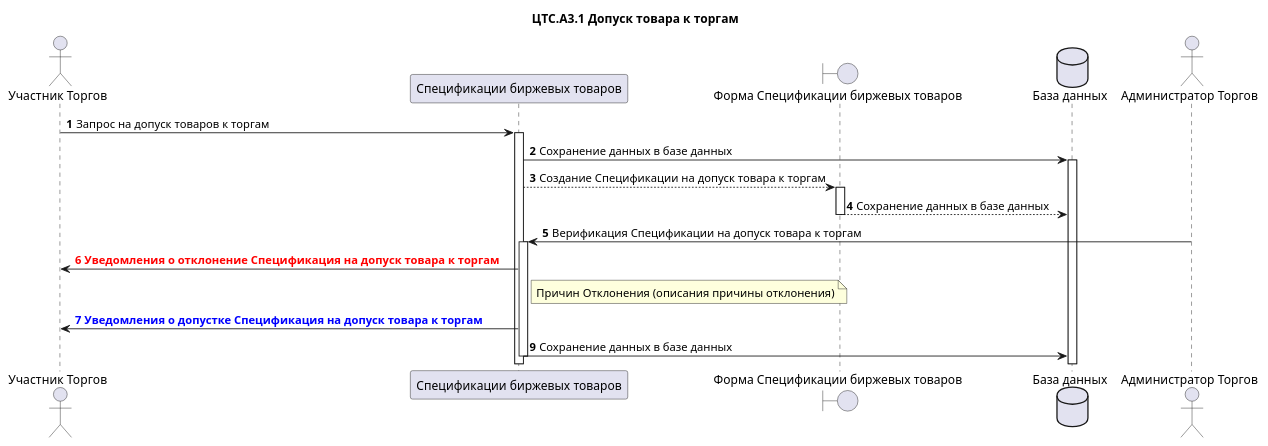
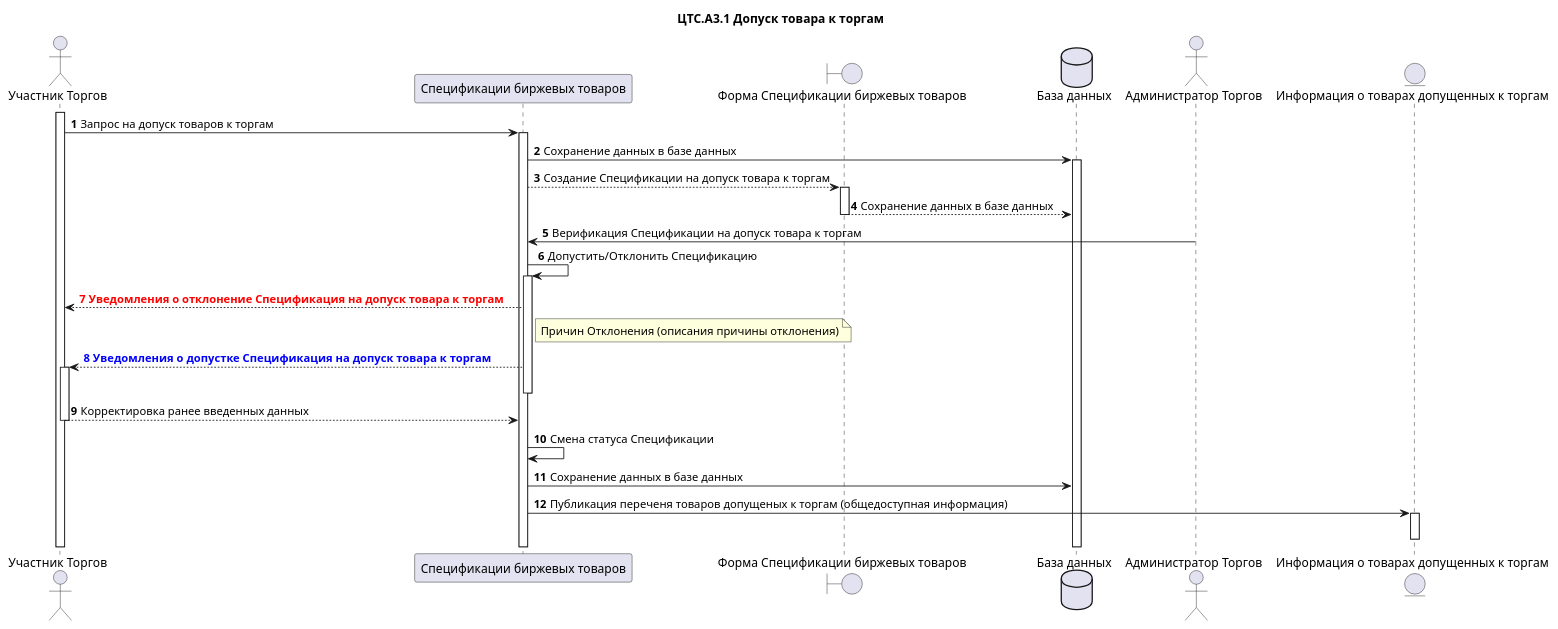
One commit to moaxmoaxpxrf4jag/CTS.Documentation changed the diagram in Project solutions/ЦТС.А3.1 Допуск товара к торгам.wsd. Above: the diagram before and after it, drawn with PlantUML.

```diff
--- a/Project solutions/ЦТС.А3.1 Допуск товара к торгам.wsd
+++ b/Project solutions/ЦТС.А3.1 Допуск товара к торгам.wsd
@@ -1,32 +1,39 @@
 @startuml "ЦТС.А3.1 Допуск товара к торгам"
 title "ЦТС.А3.1 Допуск товара к торгам"
 actor "Участник Торгов" as User
 participant "Спецификации биржевых товаров" as Specifications
 boundary "Форма Спецификации биржевых товаров" as SpecificationsForm
 database "База данных" as Database
 actor "Администратор Торгов" as User_CTS
+entity "Информация о товарах допущенных к торгам" as infCTS
 
+activate User
 autonumber 
 User->Specifications: Запрос на допуск товаров к торгам
 activate Specifications
 Specifications->Database: Сохранение данных в базе данных
 activate Database
 Specifications-->SpecificationsForm: Создание Спецификации на допуск товара к торгам
 activate SpecificationsForm
 ' SpecificationsForm-->SpecificationsForm
 SpecificationsForm-->Database: Сохранение данных в базе данных
 deactivate SpecificationsForm
-
-
 User_CTS->Specifications: Верификация Спецификации на допуск товара к торгам
+Specifications->Specifications: Допустить/Отклонить Спецификацию
 activate Specifications
-
 autonumber resume "<font color=red><b>0 Уведомления о отклонение Спецификация на допуск товара к торгам "
-Specifications->User
+Specifications-->User
 note right of Specifications:  Причин Отклонения (описания причины отклонения)
 autonumber resume 2 "<font color=blue><b>0 Уведомления о допустке Спецификация на допуск товара к торгам "
-Specifications->User
+Specifications-->User
+activate User
+deactivate Specifications
 autonumber 9
+User-->Specifications: Корректировка ранее введенных данных
+deactivate User
+Specifications->Specifications: Смена статуса Спецификации
 Specifications->Database: Сохранение данных в базе данных
-deactivate Specifications
+Specifications->infCTS: Публикация переченя товаров допущеных к торгам (общедоступная информация)
+activate infCTS
+deactivate infCTS
 @enduml
```
